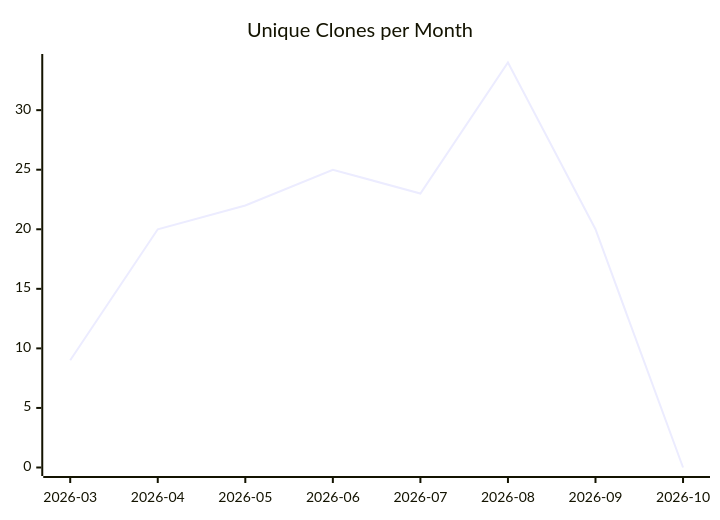
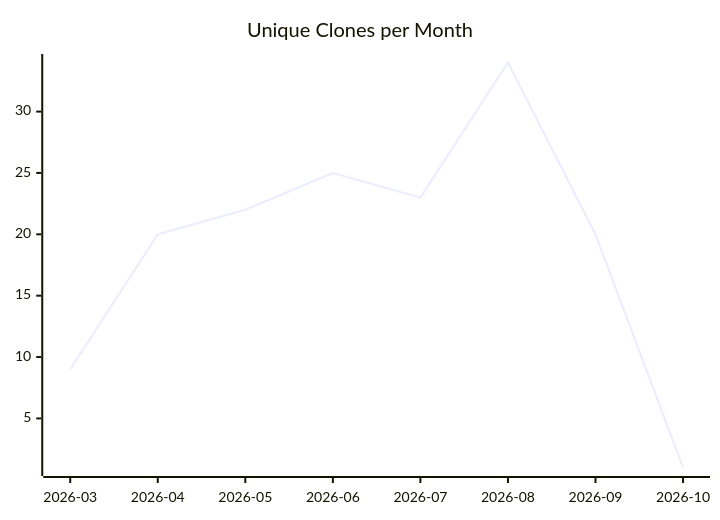
Before and after one commit to justdavis-family/github-analytics-data: the third of 3 diagrams in karlmdavis/kxml2/README.md, drawn with Mermaid. The commit also changed other lines of this file and 203 other files, not shown here.

````diff
--- a/karlmdavis/kxml2/README.md
+++ b/karlmdavis/kxml2/README.md
@@ -19,6 +19,6 @@
 ```mermaid
 xychart-beta
   title "Unique Clones per Month"
   x-axis ["2026-03", "2026-04", "2026-05", "2026-06", "2026-07", "2026-08", "2026-09", "2026-10"]
-  line [9, 20, 22, 25, 23, 34, 20, 0]
+  line [9, 20, 22, 25, 23, 34, 20, 1]
 ```
````
